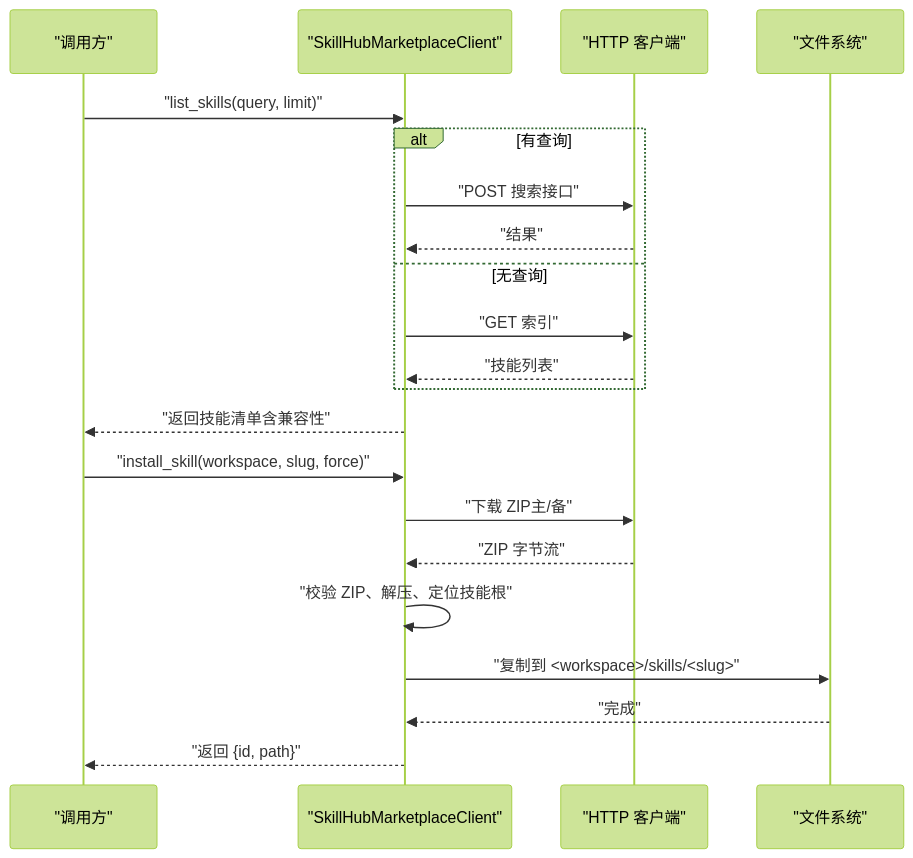
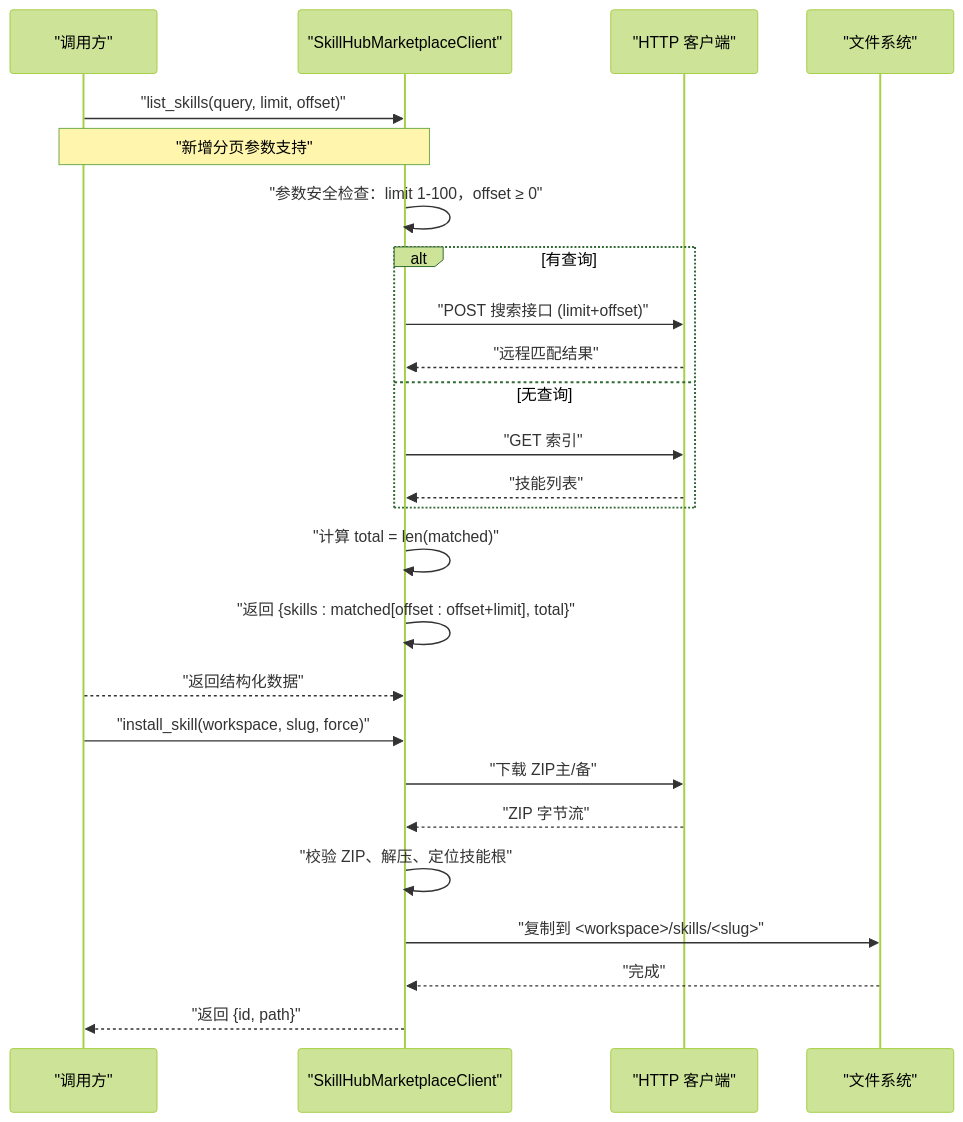
One commit to 757607106/nanobot changed the fifth of 8 diagrams in .qoder/repowiki/zh/content/技能系统/技能系统.md. Above: the diagram before and after it, drawn with Mermaid (forest theme). The commit also changed other lines of this file and 60 other files, not shown here.

````diff
--- a/.qoder/repowiki/zh/content/技能系统/技能系统.md
+++ b/.qoder/repowiki/zh/content/技能系统/技能系统.md
@@ -200,23 +245,27 @@
 ```mermaid
 sequenceDiagram
 participant C as "调用方"
 participant S as "SkillHubMarketplaceClient"
 participant HTTP as "HTTP 客户端"
 participant FS as "文件系统"
-C->>S : "list_skills(query, limit)"
+C->>S : "list_skills(query, limit, offset)"
+Note over C,S : "新增分页参数支持"
+S->>S : "参数安全检查：limit 1-100，offset ≥ 0"
 alt 有查询
-S->>HTTP : "POST 搜索接口"
-HTTP-->>S : "结果"
+S->>HTTP : "POST 搜索接口 (limit+offset)"
+HTTP-->>S : "远程匹配结果"
 else 无查询
 S->>HTTP : "GET 索引"
 HTTP-->>S : "技能列表"
 end
-S-->>C : "返回技能清单含兼容性"
+S->>S : "计算 total = len(matched)"
+S->>S : "返回 {skills : matched[offset : offset+limit], total}"
+C-->>S : "返回结构化数据"
 C->>S : "install_skill(workspace, slug, force)"
 S->>HTTP : "下载 ZIP主/备"
 HTTP-->>S : "ZIP 字节流"
 S->>S : "校验 ZIP、解压、定位技能根"
 S->>FS : "复制到 <workspace>/skills/<slug>"
 FS-->>S : "完成"
 S-->>C : "返回 {id, path}"
 ```
````
